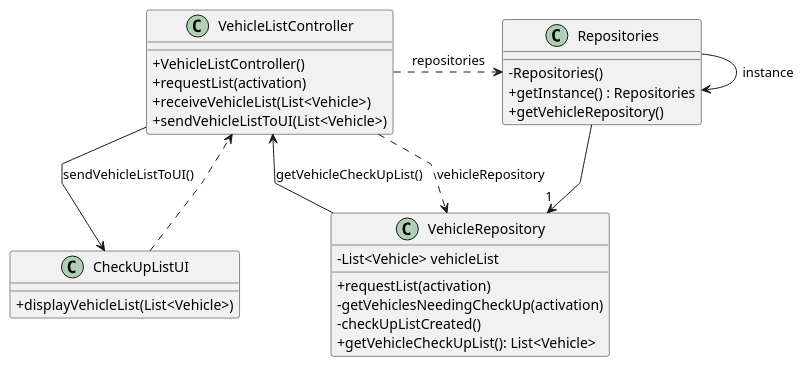
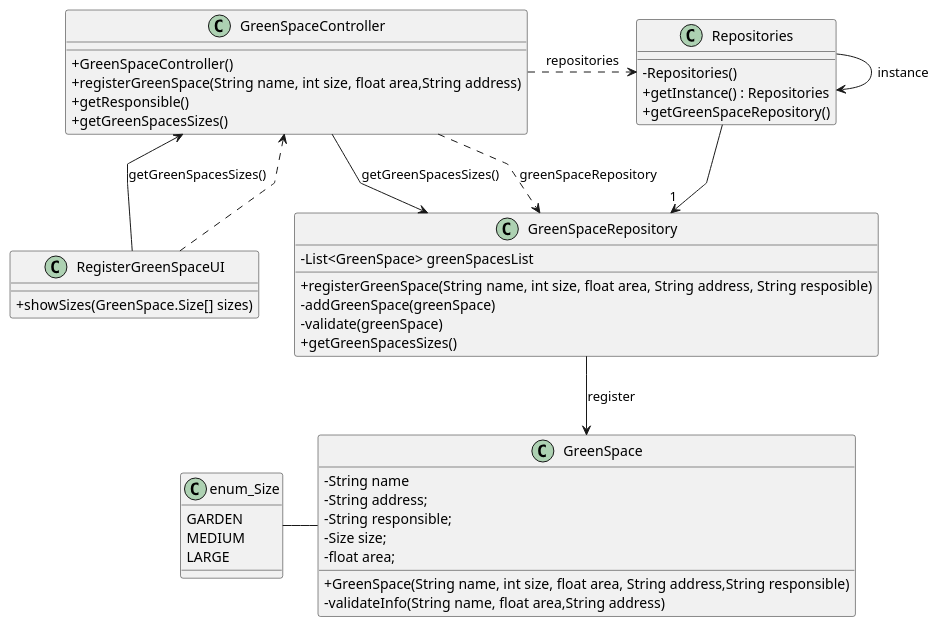
One commit to SAEmanuel/Green_Spaces_Management_ISEP changed the diagram in docs/sprintC/us020/03.design/puml/us020-class-diagram.puml. Above: the diagram before and after it, drawn with PlantUML. The commit also changed 15 other files, not shown here.

```diff
--- a/docs/sprintC/us020/03.design/puml/us020-class-diagram.puml
+++ b/docs/sprintC/us020/03.design/puml/us020-class-diagram.puml
@@ -1,43 +1,63 @@
 @startuml
 'skinparam monochrome true
 skinparam packageStyle rectangle
 skinparam shadowing false
 skinparam linetype polyline
 'skinparam linetype orto
 skinparam classAttributeIconSize 0
 'left to right direction
 
-class VehicleRepository {
-    - List<Vehicle> vehicleList
-    + requestList(activation)
-    - getVehiclesNeedingCheckUp(activation)
-    - checkUpListCreated()
-    + getVehicleCheckUpList(): List<Vehicle>
+class GreenSpaceRepository {
+    - List<GreenSpace> greenSpacesList
+    + registerGreenSpace(String name, int size, float area, String address, String resposible)
+    - addGreenSpace(greenSpace)
+    - validate(greenSpace)
+    + getGreenSpacesSizes()
+}
+
+class GreenSpace {
+    -  String name
+    -  String address;
+    -  String responsible;
+    -  Size size;
+    -  float area;
+
+    + GreenSpace(String name, int size, float area, String address,String responsible)
+    - validateInfo(String name, float area,String address)
+
+}
+
+class enum_Size {
+    GARDEN
+    MEDIUM
+    LARGE
 }
 
 class Repositories {
     - Repositories()
     + getInstance() : Repositories
-    + getVehicleRepository()
+    + getGreenSpaceRepository()
 }
 
-class VehicleListController {
-    + VehicleListController()
-    + requestList(activation)
-    + receiveVehicleList(List<Vehicle>)
-    + sendVehicleListToUI(List<Vehicle>)
+class GreenSpaceController {
+    + GreenSpaceController()
+    + registerGreenSpace(String name, int size, float area,String address)
+    + getResponsible()
+    + getGreenSpacesSizes()
 }
 
-class CheckUpListUI {
-    + displayVehicleList(List<Vehicle>)
+class RegisterGreenSpaceUI {
+    + showSizes(GreenSpace.Size[] sizes)
 }
 
-CheckUpListUI ..> VehicleListController
+RegisterGreenSpaceUI ..> GreenSpaceController
 
-VehicleListController --> CheckUpListUI : sendVehicleListToUI()
-VehicleListController .> Repositories : repositories
-Repositories  --> "1 " VehicleRepository
+GreenSpaceController <-- RegisterGreenSpaceUI : getGreenSpacesSizes()
+GreenSpaceController .> Repositories : repositories
+Repositories  --> "1 " GreenSpaceRepository
 Repositories -> Repositories : instance
-VehicleListController ..>  VehicleRepository : vehicleRepository
-VehicleRepository -> VehicleListController : getVehicleCheckUpList()
+GreenSpaceController ..>  GreenSpaceRepository : greenSpaceRepository
+GreenSpaceRepository <- GreenSpaceController : getGreenSpacesSizes()
+GreenSpaceRepository --> GreenSpace : register
+enum_Size - GreenSpace
 @enduml
```
